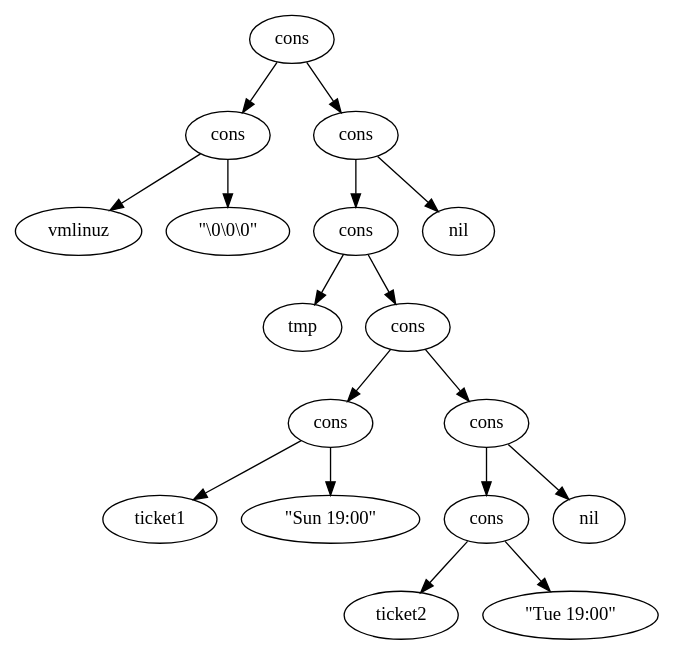
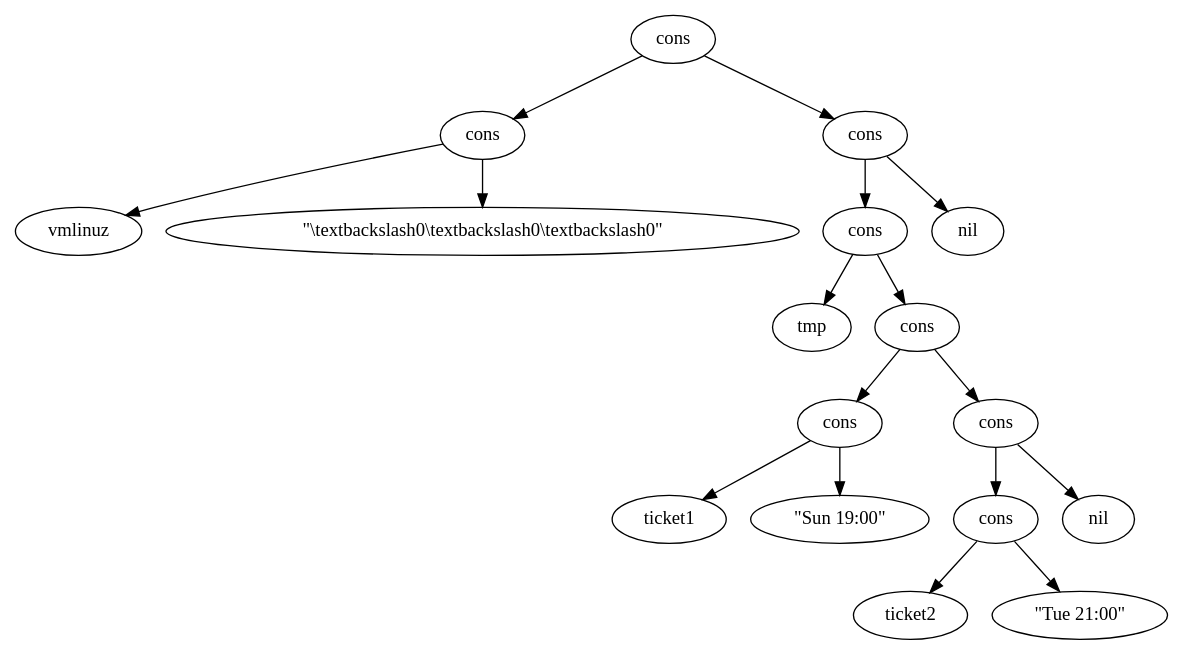
The diagram in slides/l1-2.dot (airbornemihir/a-verified-fs), drawn with Graphviz before and after one commit. The commit also changed 17 other files, not shown here.

```diff
--- a/slides/l1-2.dot
+++ b/slides/l1-2.dot
@@ -1,35 +1,35 @@
 digraph G {
   1 [label="cons"];
   2 [label="cons"];
   1 -> 2;
   3 [label="vmlinuz"];
   2 -> 3;
-  4 [label="\"\\0\\0\\0\""];
+  4 [label="\"\\textbackslash0\\textbackslash0\\textbackslash0\""];
   2 -> 4;
   5 [label="cons"];
   1 -> 5;
   6 [label="cons"];
   5 -> 6
   7 [label="tmp"];
   6 -> 7;
   8 [label="cons"];
   6 -> 8;
   9 [label="cons"];
   8 -> 9;
   10 [label="ticket1"];
   9 -> 10;
   11 [label="\"Sun 19:00\""];
   9 -> 11;
   12 [label="cons"];
   8 -> 12;
   13 [label="cons"];
   12 -> 13;
   14 [label="ticket2"];
   13 -> 14;
-  15 [label="\"Tue 19:00\""];
+  15 [label="\"Tue 21:00\""];
   13 -> 15;
   16 [label="nil"];
   12 -> 16;
   17 [label="nil"];
   5 -> 17;
 }
```
